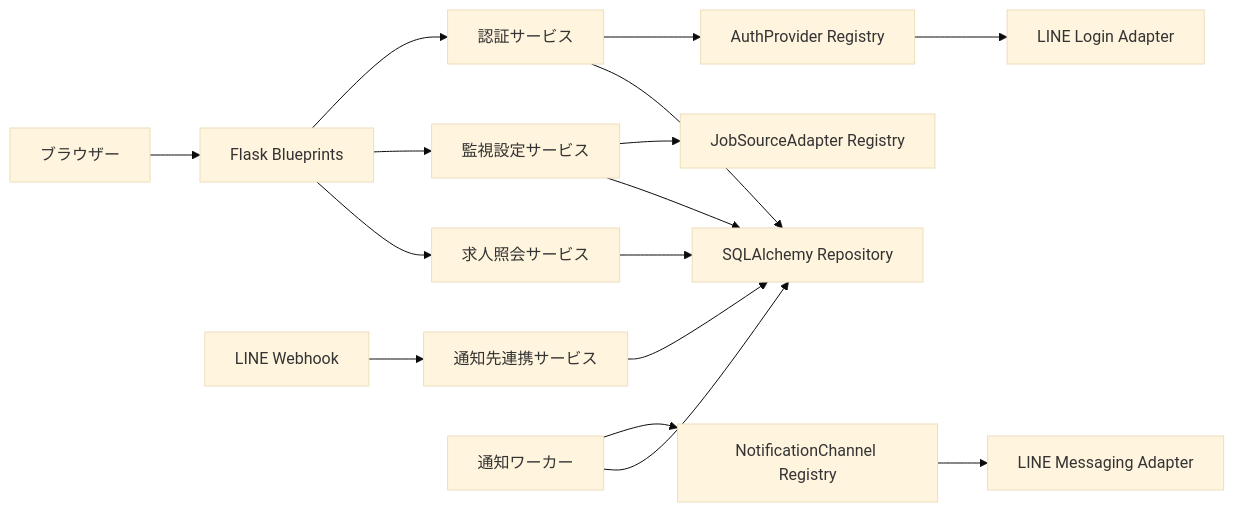
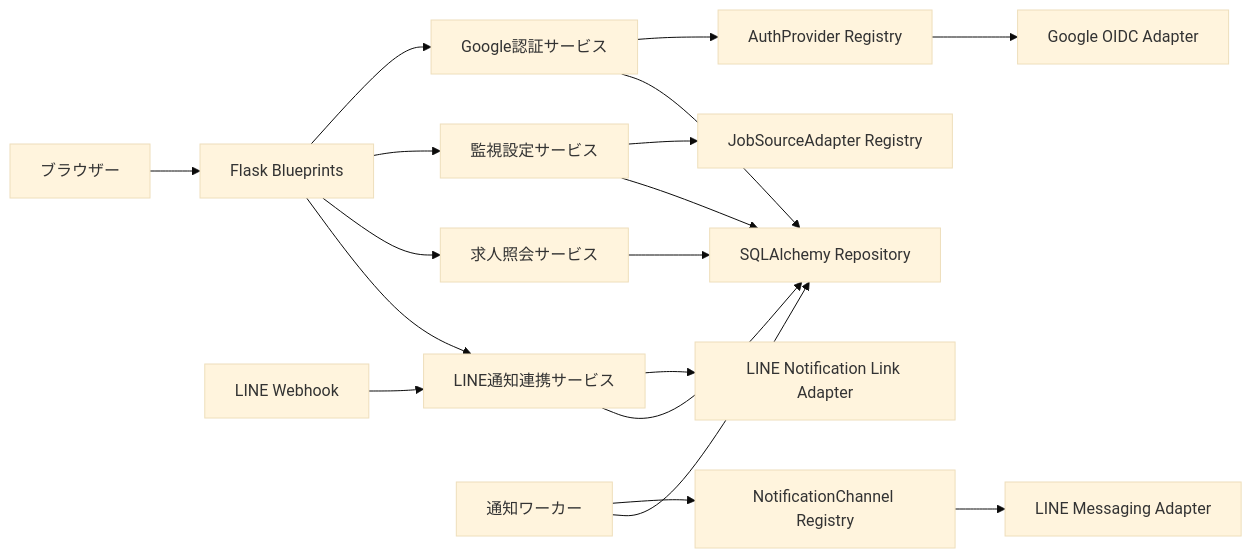
The first of 3 diagrams in doc/architecture/web-backend.md (dommyttdev/job-hunter), drawn with Mermaid (base theme) before and after one commit. The commit also changed other lines of this file and 9 other files, not shown here.

````diff
--- a/doc/architecture/web-backend.md
+++ b/doc/architecture/web-backend.md
@@ -14,18 +14,20 @@
 ```mermaid
 flowchart LR
     Browser["ブラウザー"] --> Routes["Flask Blueprints"]
-    Routes --> AuthApp["認証サービス"]
+    Routes --> AuthApp["Google認証サービス"]
     Routes --> WatchApp["監視設定サービス"]
     Routes --> JobQuery["求人照会サービス"]
+    Routes --> LineLink["LINE通知連携サービス"]
     AuthApp --> AuthRegistry["AuthProvider Registry"]
-    AuthRegistry --> LineLogin["LINE Login Adapter"]
+    AuthRegistry --> GoogleOIDC["Google OIDC Adapter"]
+    LineLink --> LineLogin["LINE Notification Link Adapter"]
     WatchApp --> SourceRegistry["JobSourceAdapter Registry"]
     JobQuery --> Repository["SQLAlchemy Repository"]
     AuthApp --> Repository
     WatchApp --> Repository
-    LineWebhook["LINE Webhook"] --> NotificationLink["通知先連携サービス"]
+    LineLink --> Repository
+    LineWebhook["LINE Webhook"] --> LineLink
     NotificationWorker["通知ワーカー"] --> ChannelRegistry["NotificationChannel Registry"]
     ChannelRegistry --> LineMessage["LINE Messaging Adapter"]
-    NotificationLink --> Repository
     NotificationWorker --> Repository
 ```
````
